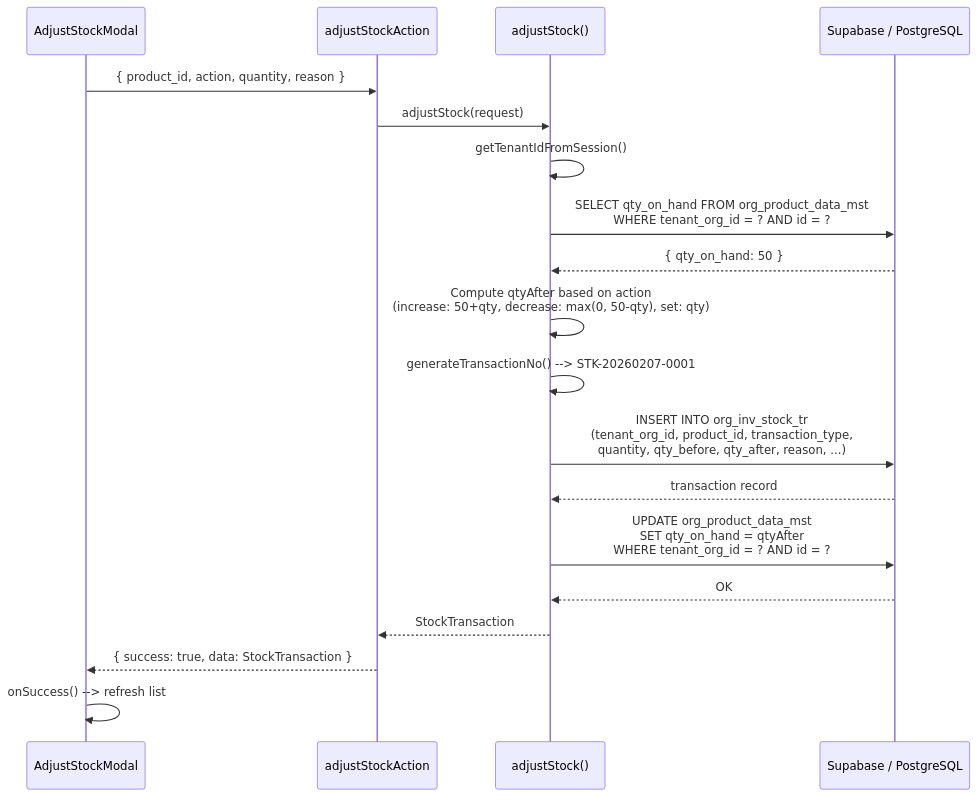
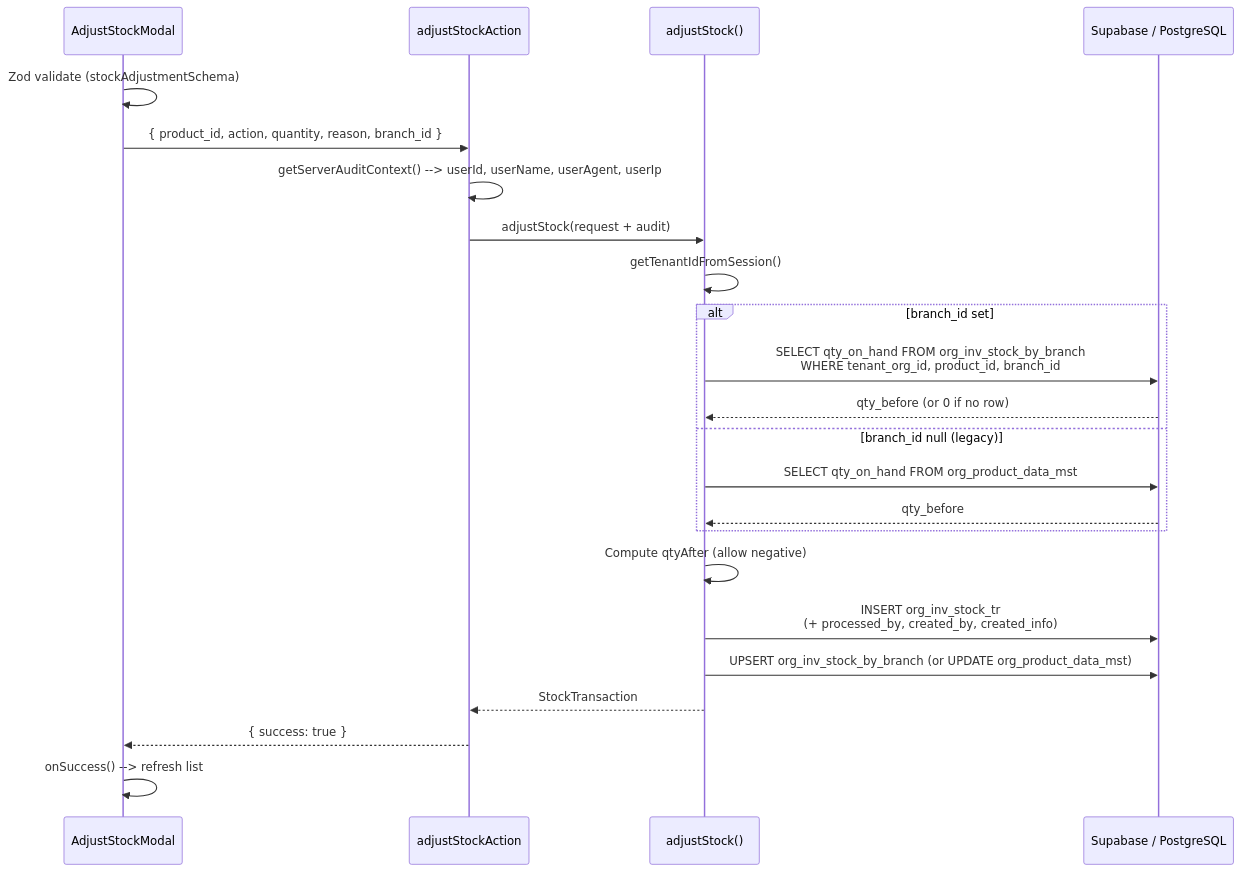
The first of 5 diagrams in docs/features/inventory_stock_management/developer_guide_mermaid.md (GhAli21/cleanmatex), drawn with Mermaid before and after one commit. The commit also changed other lines of this file and 19 other files, not shown here.

````diff
--- a/docs/features/inventory_stock_management/developer_guide_mermaid.md
+++ b/docs/features/inventory_stock_management/developer_guide_mermaid.md
@@ -11,22 +13,26 @@
 ```mermaid
 sequenceDiagram
     participant UI as AdjustStockModal
     participant SA as adjustStockAction
     participant SVC as adjustStock()
     participant DB as Supabase / PostgreSQL
 
-    UI->>SA: { product_id, action, quantity, reason }
-    SA->>SVC: adjustStock(request)
+    UI->>UI: Zod validate (stockAdjustmentSchema)
+    UI->>SA: { product_id, action, quantity, reason, branch_id }
+    SA->>SA: getServerAuditContext() --> userId, userName, userAgent, userIp
+    SA->>SVC: adjustStock(request + audit)
     SVC->>SVC: getTenantIdFromSession()
-    SVC->>DB: SELECT qty_on_hand FROM org_product_data_mst<br/>WHERE tenant_org_id = ? AND id = ?
-    DB-->>SVC: { qty_on_hand: 50 }
-    SVC->>SVC: Compute qtyAfter based on action<br/>(increase: 50+qty, decrease: max(0, 50-qty), set: qty)
-    SVC->>SVC: generateTransactionNo() --> STK-20260207-0001
-    SVC->>DB: INSERT INTO org_inv_stock_tr<br/>(tenant_org_id, product_id, transaction_type,<br/>quantity, qty_before, qty_after, reason, ...)
-    DB-->>SVC: transaction record
-    SVC->>DB: UPDATE org_product_data_mst<br/>SET qty_on_hand = qtyAfter<br/>WHERE tenant_org_id = ? AND id = ?
-    DB-->>SVC: OK
+    alt branch_id set
+        SVC->>DB: SELECT qty_on_hand FROM org_inv_stock_by_branch<br/>WHERE tenant_org_id, product_id, branch_id
+        DB-->>SVC: qty_before (or 0 if no row)
+    else branch_id null (legacy)
+        SVC->>DB: SELECT qty_on_hand FROM org_product_data_mst
+        DB-->>SVC: qty_before
+    end
+    SVC->>SVC: Compute qtyAfter (allow negative)
+    SVC->>DB: INSERT org_inv_stock_tr<br/>(+ processed_by, created_by, created_info)
+    SVC->>DB: UPSERT org_inv_stock_by_branch (or UPDATE org_product_data_mst)
     SVC-->>SA: StockTransaction
-    SA-->>UI: { success: true, data: StockTransaction }
+    SA-->>UI: { success: true }
     UI->>UI: onSuccess() --> refresh list
 ```
````
